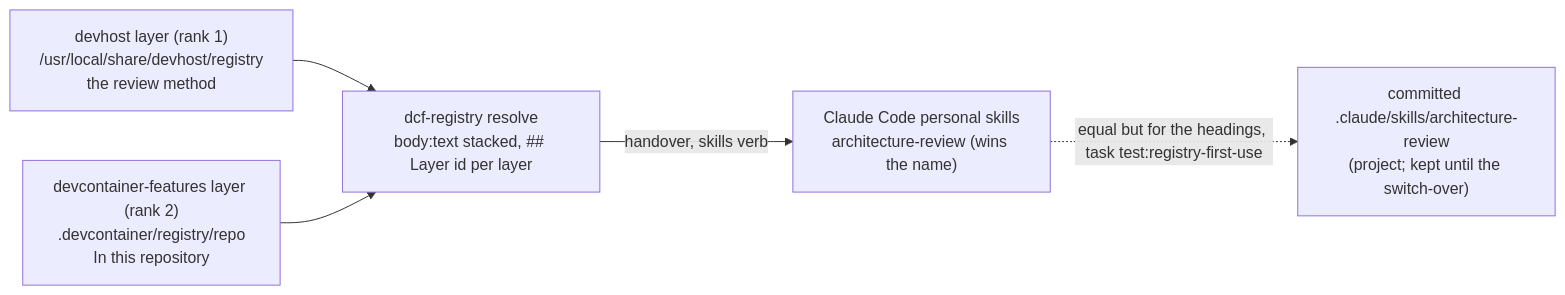
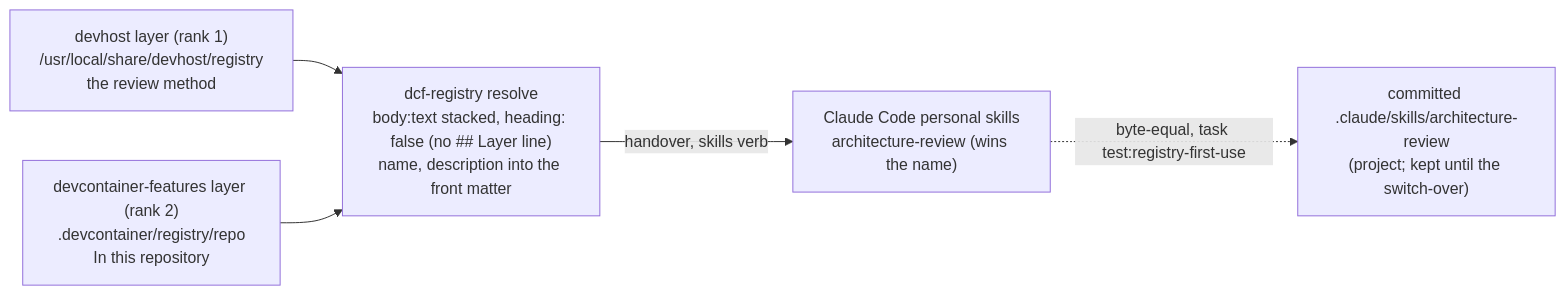
One commit to nabil-becker/devcontainer-features changed the eighth of 8 diagrams in docs/architecture/workflows.md. Above: the diagram before and after it, drawn with Mermaid. The commit also changed 14 other files, not shown here.

First line of the commit message:
feat(component-registry): heading: false and front matter values; the first use is byte-equal (component-registry 1.3.0; component-registry-build)

````diff
--- a/docs/architecture/workflows.md
+++ b/docs/architecture/workflows.md
@@ -186,12 +186,12 @@
 ```mermaid
 flowchart LR
   devhost["devhost layer (rank 1)<br/>/usr/local/share/devhost/registry<br/>the review method"]
   repo["devcontainer-features layer (rank 2)<br/>.devcontainer/registry/repo<br/>In this repository"]
-  component-registry["dcf-registry resolve<br/>body:text stacked, ## Layer id per layer"]
+  component-registry["dcf-registry resolve<br/>body:text stacked, heading: false (no ## Layer line)<br/>name, description into the front matter"]
   personal["Claude Code personal skills<br/>architecture-review (wins the name)"]
   project["committed .claude/skills/architecture-review<br/>(project; kept until the switch-over)"]
   devhost --> component-registry
   repo --> component-registry
   component-registry -->|handover, skills verb| personal
-  personal -.->|equal but for the headings, task test:registry-first-use| project
+  personal -.->|byte-equal, task test:registry-first-use| project
 ```
````
